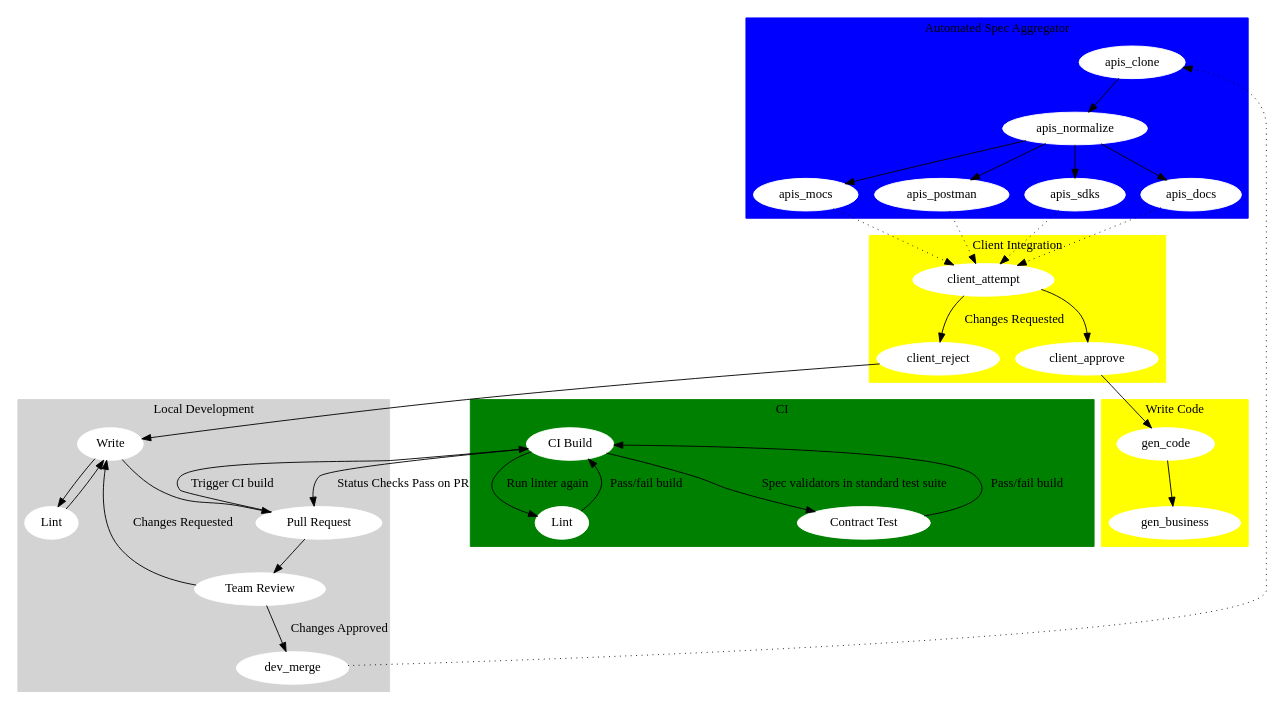
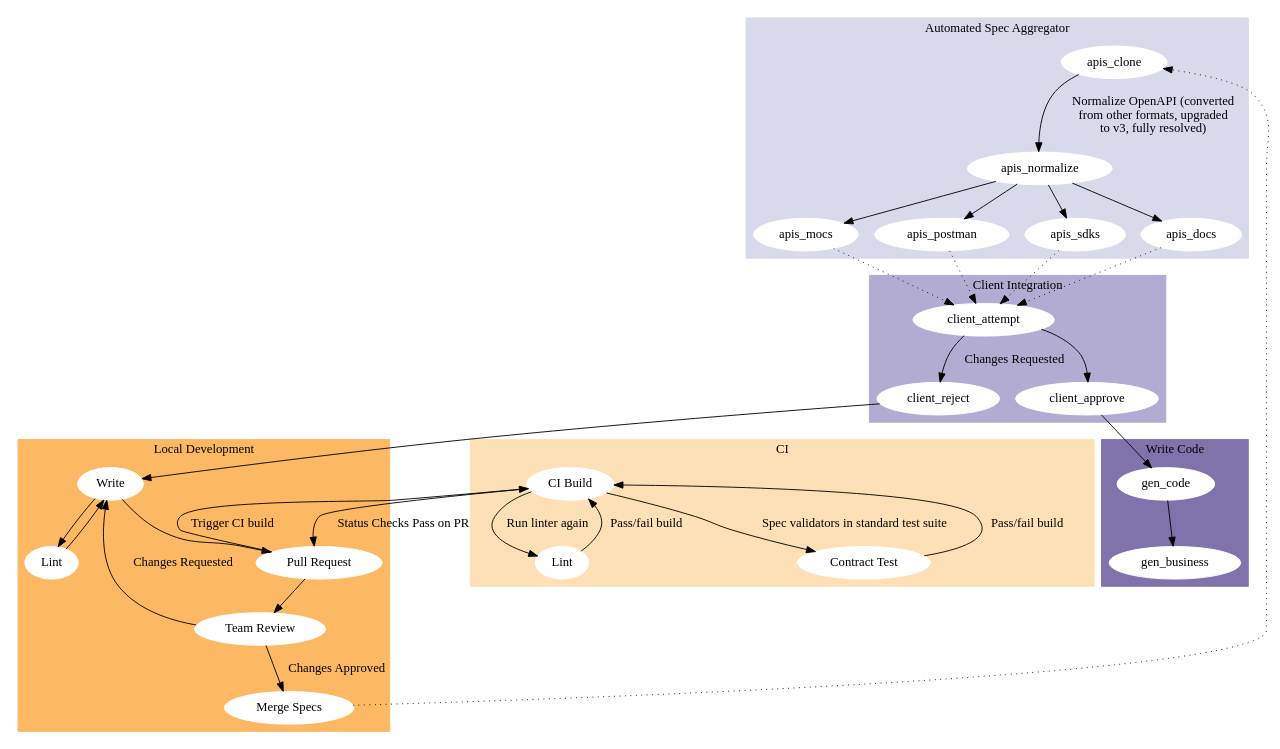
The diagram in openapi-workflow/v1.dot (philsturgeon/diagrams), drawn with Graphviz before and after one commit. The commit also changed 1 other file, not shown here.

```diff
--- a/openapi-workflow/v1.dot
+++ b/openapi-workflow/v1.dot
@@ -1,84 +1,86 @@
 digraph G {
     compound=true;
+    root=cluster0;
+    rankdir=TB;
     subgraph cluster0 {
         style=filled;
-		color=lightgrey;
+		color="#fdb863";
 		node [style=filled,color=white];
         label = "Local Development";
         
         dev_write [label="Write"];
         dev_lint [label="Lint"];
         dev_pr [label="Pull Request"];
         dev_review [label="Team Review"];
-        dev_merge
+        dev_merge [label="Merge Specs"];
 
         dev_write -> dev_lint;
         dev_lint -> dev_write;
+        
         dev_write -> dev_pr;
         dev_pr -> dev_review;
+        
         dev_review -> dev_write [label="Changes Requested"];
         dev_review -> dev_merge [label="Changes Approved"];
     }
+
     subgraph cluster1 {
         style=filled;
-		color=green;
+		color="#fee0b6";
 		node [style=filled,color=white];
         label = "CI";
 
         ci_build [label="CI Build"];
         ci_lint [label="Lint"];
         ci_contract_test [label="Contract Test"];
 
         dev_pr -> ci_build [label="Trigger CI build"]
 
         ci_build -> ci_lint [label="Run linter again"];
         ci_lint -> ci_build [label="Pass/fail build"];
 
         ci_build -> ci_contract_test [label="Spec validators in standard test suite"];
         ci_contract_test -> ci_build [label="Pass/fail build"];
 
         ci_build -> dev_pr [label="Status Checks Pass on PR"]
     }
 
     subgraph cluster2 {
         style=filled;
-		color=blue;
+		color="#d8daeb";
 		node [style=filled,color=white];
         label = "Automated Spec Aggregator";
 
         dev_merge -> apis_clone [style=dotted]
-        apis_clone -> apis_normalize
+        apis_clone -> apis_normalize [label="Normalize OpenAPI (converted\nfrom other formats, upgraded\nto v3, fully resolved)"]
         
-        apis_normalize -> apis_docs
-        apis_normalize -> apis_mocs
-        apis_normalize -> apis_postman
-        apis_normalize -> apis_sdks
+        apis_normalize -> {apis_docs apis_mocs apis_postman apis_sdks}
      }
 
     subgraph cluster3 {
         style=filled;
-		color=yellow;
+		color="#b2abd2";
 		node [style=filled,color=white];
         label = "Client Integration";
 
         apis_docs -> client_attempt [style=dotted]
         apis_mocs -> client_attempt [style=dotted]
         apis_postman -> client_attempt [style=dotted]
         apis_sdks -> client_attempt [style=dotted]
 
         client_attempt -> client_reject [label="Changes Requested"];
         client_reject -> dev_write
         
         client_attempt -> client_approve
     }
 
     subgraph cluster4 {
         style=filled;
-		color=yellow;
+		color="#8073ac";
 		node [style=filled,color=white];
         label = "Write Code";
 
         client_approve -> gen_code
         gen_code -> gen_business
     }
 }
```
